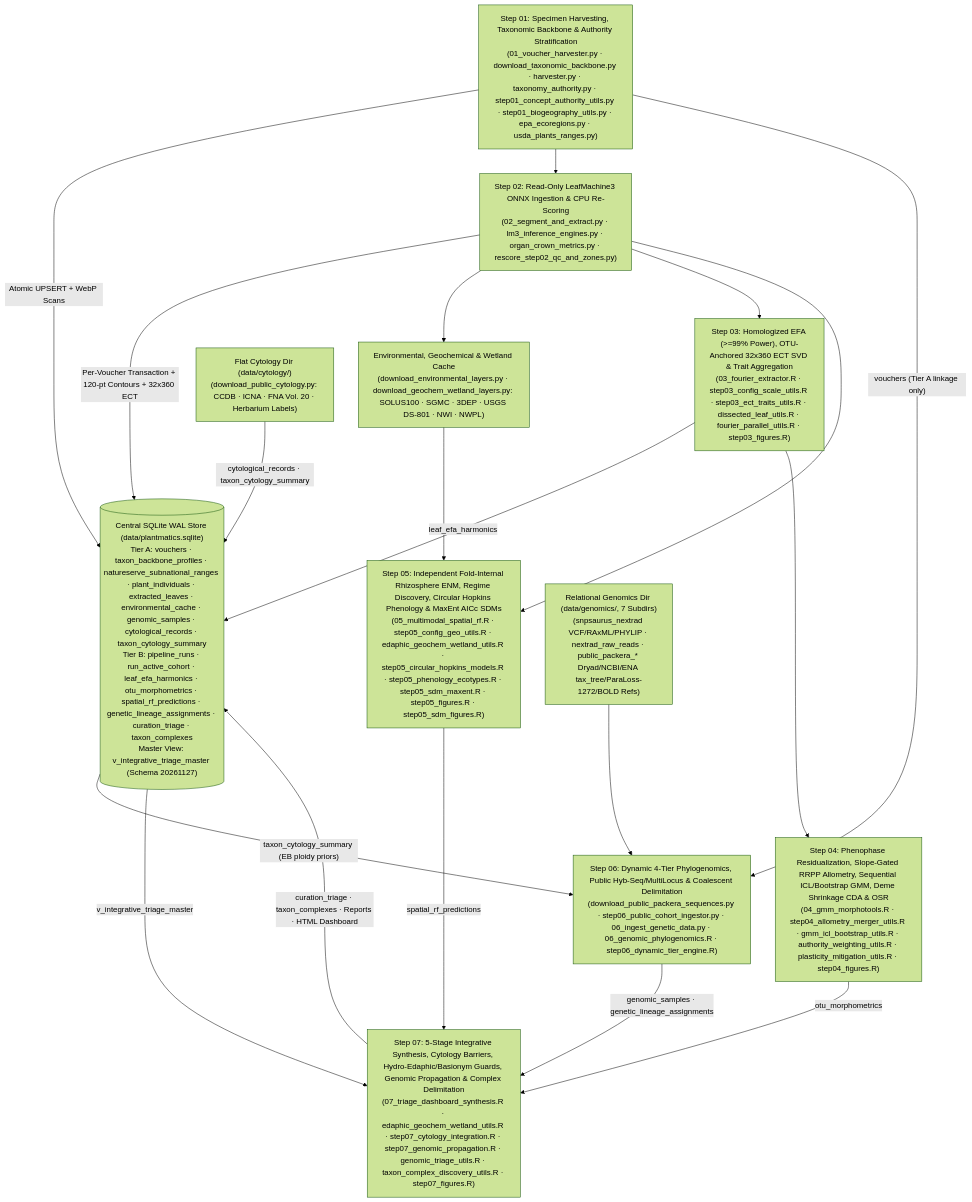
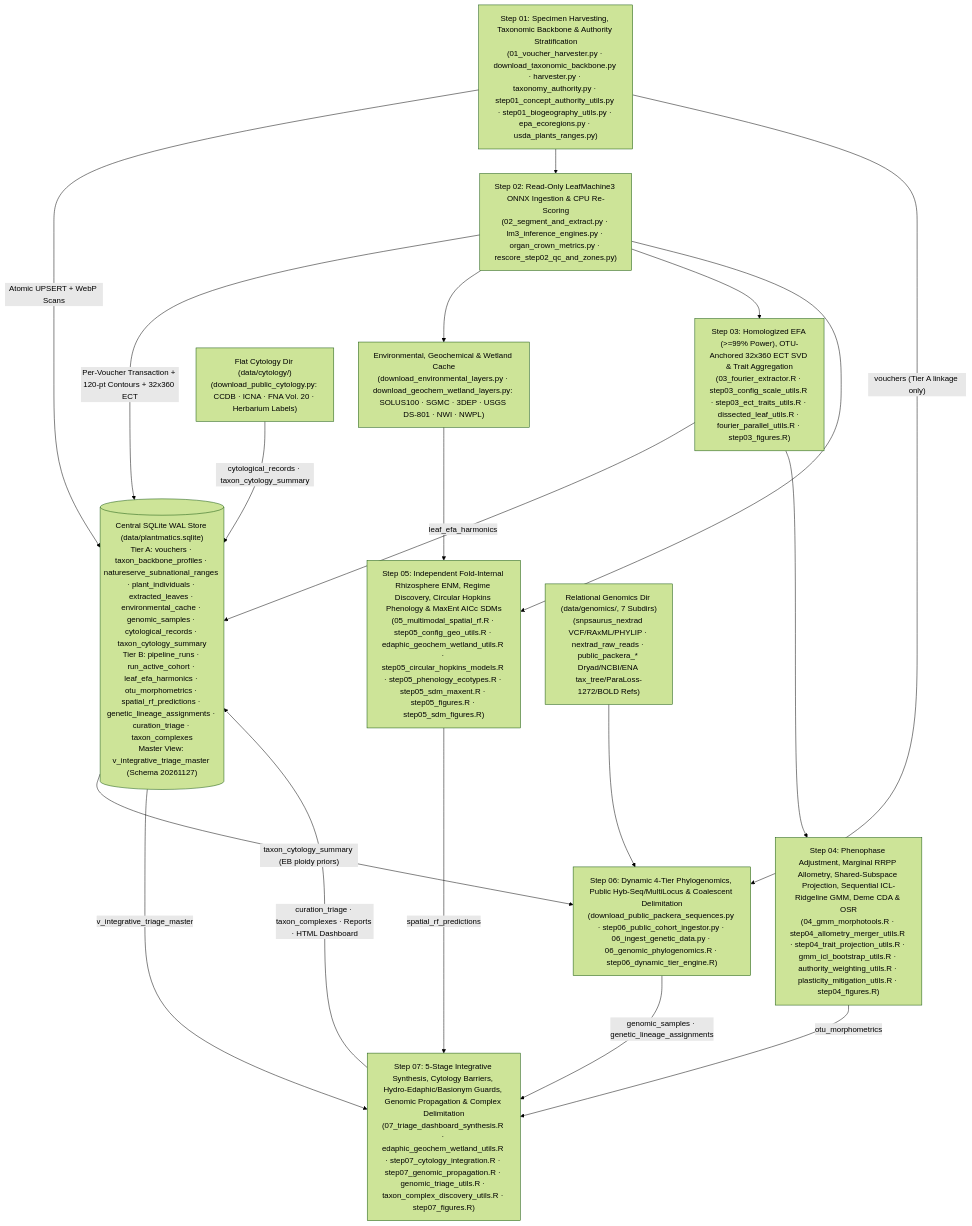
One commit to Plantatsrophe/Plantmatics changed the diagram in README.md. Above: the diagram before and after it, drawn with Mermaid (forest theme). The commit also changed other lines of this file and 16 other files, not shown here.

Commit message:
feat: add step04 trait projection utils and taxonomic clarity tests

````diff
--- a/README.md
+++ b/README.md
@@ -31,23 +31,23 @@
 ```mermaid
 flowchart TD
     DB[("Central SQLite WAL Store (data/plantmatics.sqlite)\nTier A: vouchers · taxon_backbone_profiles · natureserve_subnational_ranges · plant_individuals · extracted_leaves · environmental_cache · genomic_samples · cytological_records · taxon_cytology_summary\nTier B: pipeline_runs · run_active_cohort · leaf_efa_harmonics · otu_morphometrics · spatial_rf_predictions · genetic_lineage_assignments · curation_triage · taxon_complexes\nMaster View: v_integrative_triage_master (Schema 20261127)")]
 
     S1["Step 01: Specimen Harvesting, Taxonomic Backbone & Authority Stratification\n(01_voucher_harvester.py · download_taxonomic_backbone.py · harvester.py · taxonomy_authority.py · step01_concept_authority_utils.py · step01_biogeography_utils.py · epa_ecoregions.py · usda_plants_ranges.py)"] -->|"Atomic UPSERT + WebP Scans"| DB
     S1 --> S2["Step 02: Read-Only LeafMachine3 ONNX Ingestion & CPU Re-Scoring\n(02_segment_and_extract.py · lm3_inference_engines.py · organ_crown_metrics.py · rescore_step02_qc_and_zones.py)"]
     S2 -->|"Per-Voucher Transaction + 120-pt Contours + 32x360 ECT"| DB
     S2 --> E0["Environmental, Geochemical & Wetland Cache\n(download_environmental_layers.py · download_geochem_wetland_layers.py: SOLUS100 · SGMC · 3DEP · USGS DS-801 · NWI · NWPL)"]
     S2 --> S3["Step 03: Homologized EFA (>=99% Power), OTU-Anchored 32x360 ECT SVD & Trait Aggregation\n(03_fourier_extractor.R · step03_config_scale_utils.R · step03_ect_traits_utils.R · dissected_leaf_utils.R · fourier_parallel_utils.R · step03_figures.R)"]
     S3 -->|"leaf_efa_harmonics"| DB
-    S3 --> S4["Step 04: Phenophase Residualization, Slope-Gated RRPP Allometry, Sequential ICL/Bootstrap GMM, Deme Shrinkage CDA & OSR\n(04_gmm_morphotools.R · step04_allometry_merger_utils.R · gmm_icl_bootstrap_utils.R · authority_weighting_utils.R · plasticity_mitigation_utils.R · step04_figures.R)"]
+    S3 --> S4["Step 04: Phenophase Adjustment, Marginal RRPP Allometry, Shared-Subspace Projection, Sequential ICL-Ridgeline GMM, Deme CDA & OSR\n(04_gmm_morphotools.R · step04_allometry_merger_utils.R · step04_trait_projection_utils.R · gmm_icl_bootstrap_utils.R · authority_weighting_utils.R · plasticity_mitigation_utils.R · step04_figures.R)"]
     S4 -->|"otu_morphometrics"| S7
     S2 --> S5["Step 05: Independent Fold-Internal Rhizosphere ENM, Regime Discovery, Circular Hopkins Phenology & MaxEnt AICc SDMs\n(05_multimodal_spatial_rf.R · step05_config_geo_utils.R · edaphic_geochem_wetland_utils.R · step05_circular_hopkins_models.R · step05_phenology_ecotypes.R · step05_sdm_maxent.R · step05_figures.R · step05_sdm_figures.R)"]
     E0 --> S5
     S5 -->|"spatial_rf_predictions"| S7
     G0["Relational Genomics Dir (data/genomics/, 7 Subdirs)\n(snpsaurus_nextrad VCF/RAxML/PHYLIP · nextrad_raw_reads · public_packera_* Dryad/NCBI/ENA tax_tree/ParaLoss-1272/BOLD Refs)"] --> S6["Step 06: Dynamic 4-Tier Phylogenomics, Public Hyb-Seq/MultiLocus & Coalescent Delimitation\n(download_public_packera_sequences.py · step06_public_cohort_ingestor.py · 06_ingest_genetic_data.py · 06_genomic_phylogenomics.R · step06_dynamic_tier_engine.R)"]
     S1 -->|"vouchers (Tier A linkage only)"| S6
     S6 -->|"genomic_samples · genetic_lineage_assignments"| S7
     C0["Flat Cytology Dir (data/cytology/)\n(download_public_cytology.py: CCDB · ICNA · FNA Vol. 20 · Herbarium Labels)"] -->|"cytological_records · taxon_cytology_summary"| DB
     DB -->|"taxon_cytology_summary (EB ploidy priors)"| S6
     DB -->|"v_integrative_triage_master"| S7["Step 07: 5-Stage Integrative Synthesis, Cytology Barriers, Hydro-Edaphic/Basionym Guards, Genomic Propagation & Complex Delimitation\n(07_triage_dashboard_synthesis.R · edaphic_geochem_wetland_utils.R · step07_cytology_integration.R · step07_genomic_propagation.R · genomic_triage_utils.R · taxon_complex_discovery_utils.R · step07_figures.R)"]
     S7 -->|"curation_triage · taxon_complexes · Reports · HTML Dashboard"| DB
 ```
````
